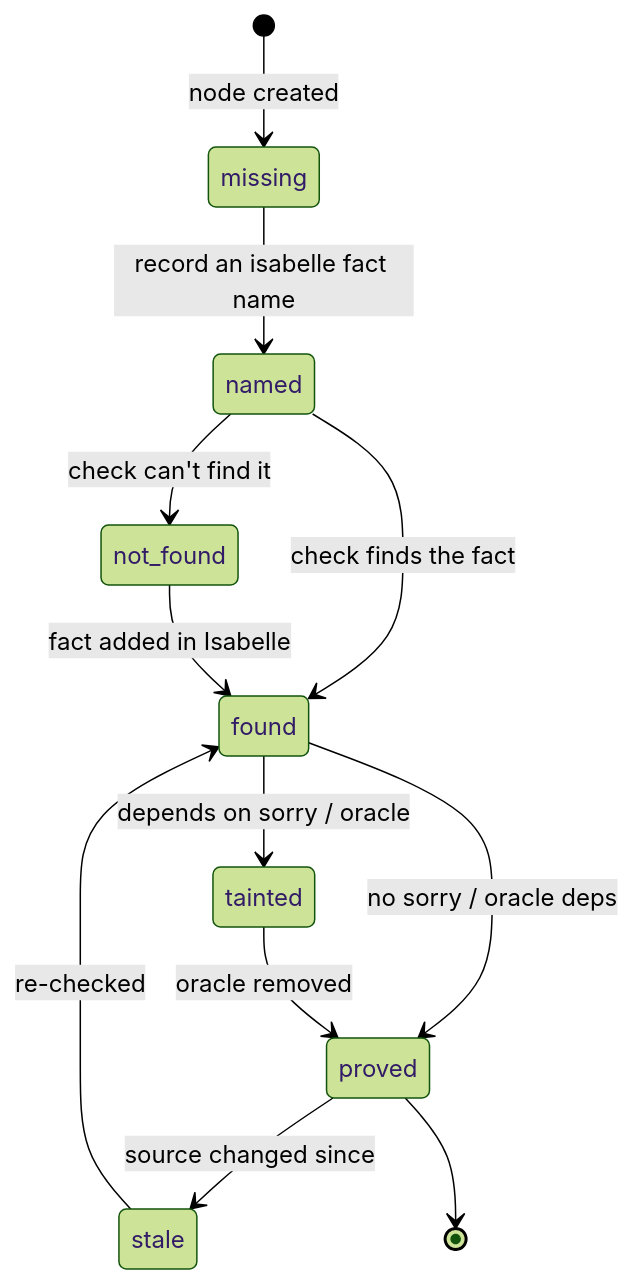
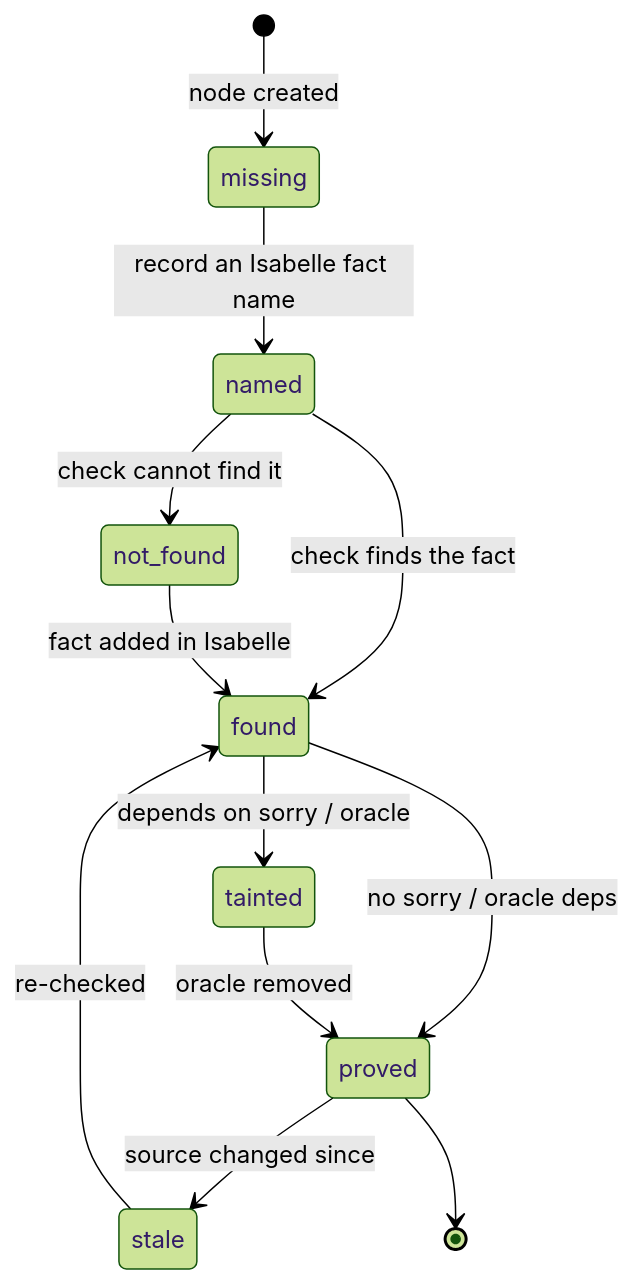
Before and after one commit to Arthur742Ramos/isa-blueprint: the second of 2 diagrams in README.md, drawn with Mermaid (forest theme). The commit also changed other lines of this file, not shown here.

````diff
--- a/README.md
+++ b/README.md
@@ -471,14 +266,14 @@
 ```mermaid
 stateDiagram-v2
     [*] --> missing: node created
-    missing --> named: record an isabelle fact name
+    missing --> named: record an Isabelle fact name
     named --> found: check finds the fact
-    named --> not_found: check can't find it
+    named --> not_found: check cannot find it
     not_found --> found: fact added in Isabelle
     found --> proved: no sorry / oracle deps
     found --> tainted: depends on sorry / oracle
     proved --> stale: source changed since
     tainted --> proved: oracle removed
     stale --> found: re-checked
     proved --> [*]
 ```
````
